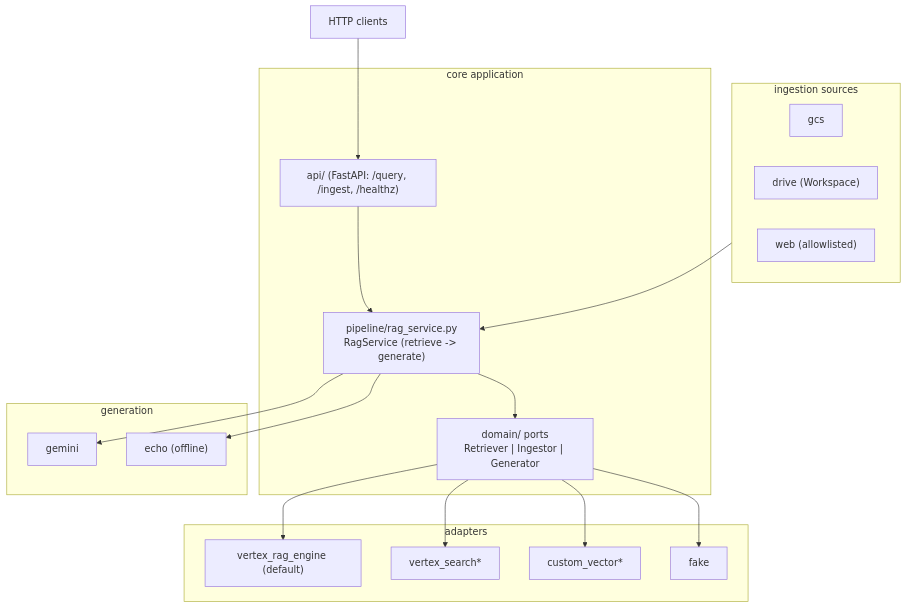
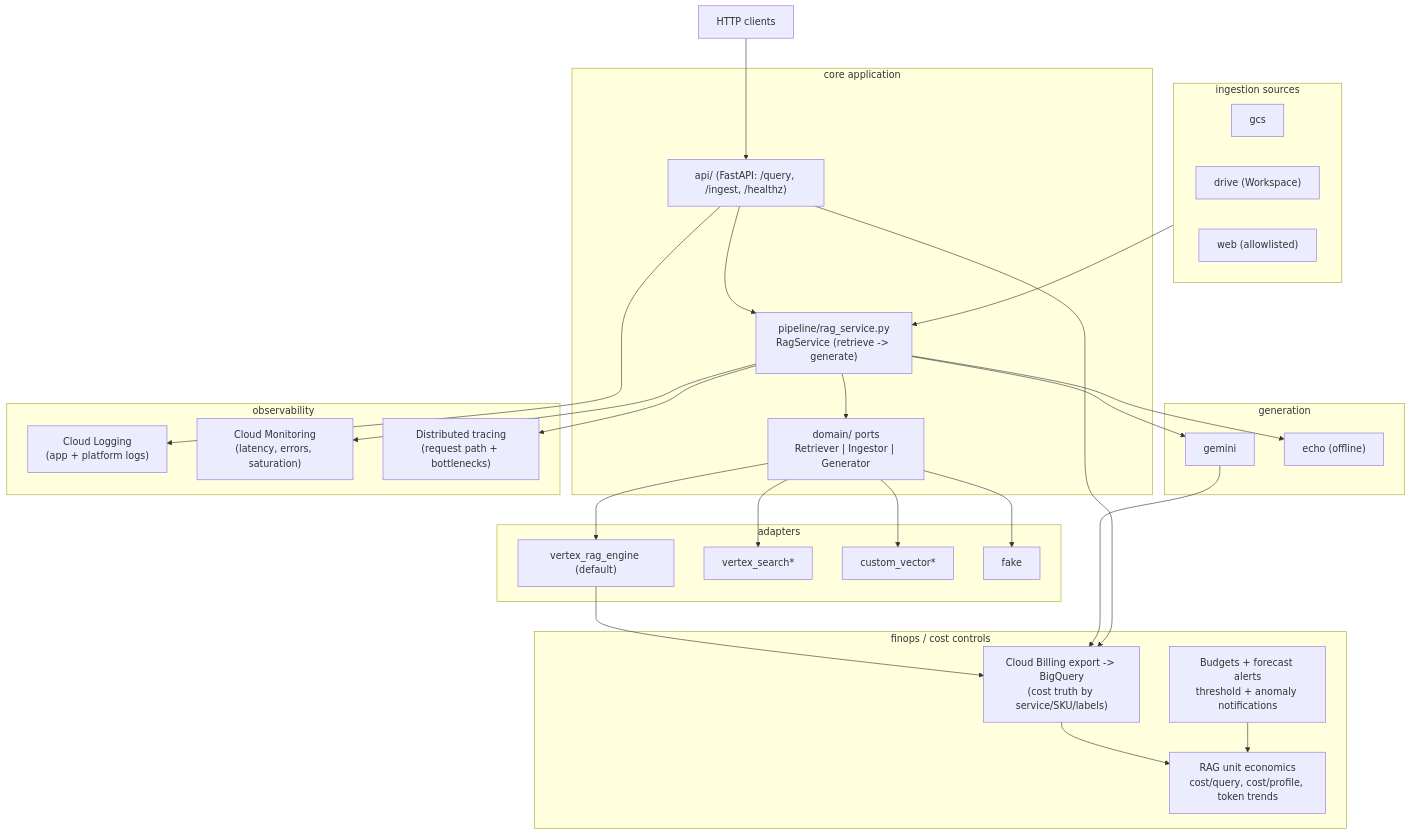
The diagram in docs/architecture.md (anothernoise/RAGonGCP), drawn with Mermaid before and after one commit. The commit also changed other lines of this file and 16 other files, not shown here.

````diff
--- a/docs/architecture.md
+++ b/docs/architecture.md
@@ -10,36 +10,56 @@
 ```mermaid
 flowchart TB
   http["HTTP clients"] --> api["api/ (FastAPI: /query, /ingest, /healthz)"]
 
   subgraph core["core application"]
     pipeline["pipeline/rag_service.py\nRagService (retrieve -> generate)"]
     domain["domain/ ports\nRetriever | Ingestor | Generator"]
     api --> pipeline --> domain
   end
 
   subgraph adapters["adapters"]
     vre["vertex_rag_engine (default)"]
     vs["vertex_search*"]
     cv["custom_vector*"]
     fake["fake"]
   end
 
   subgraph generation["generation"]
     gemini["gemini"]
     echo["echo (offline)"]
   end
 
   subgraph ingestion["ingestion sources"]
     gcs["gcs"]
     drive["drive (Workspace)"]
     web["web (allowlisted)"]
   end
 
+  subgraph observability["observability"]
+    logs["Cloud Logging\n(app + platform logs)"]
+    metrics["Cloud Monitoring\n(latency, errors, saturation)"]
+    traces["Distributed tracing\n(request path + bottlenecks)"]
+  end
+
+  subgraph finops["finops / cost controls"]
+    billing["Cloud Billing export -> BigQuery\n(cost truth by service/SKU/labels)"]
+    budgets["Budgets + forecast alerts\nthreshold + anomaly notifications"]
+    unit["RAG unit economics\ncost/query, cost/profile, token trends"]
+  end
+
   domain --> vre
   domain --> vs
   domain --> cv
   domain --> fake
   pipeline --> gemini
   pipeline --> echo
   ingestion --> pipeline
+  api --> logs
+  pipeline --> metrics
+  pipeline --> traces
+  vre --> billing
+  gemini --> billing
+  api --> billing
+  billing --> unit
+  budgets --> unit
 ```
````
